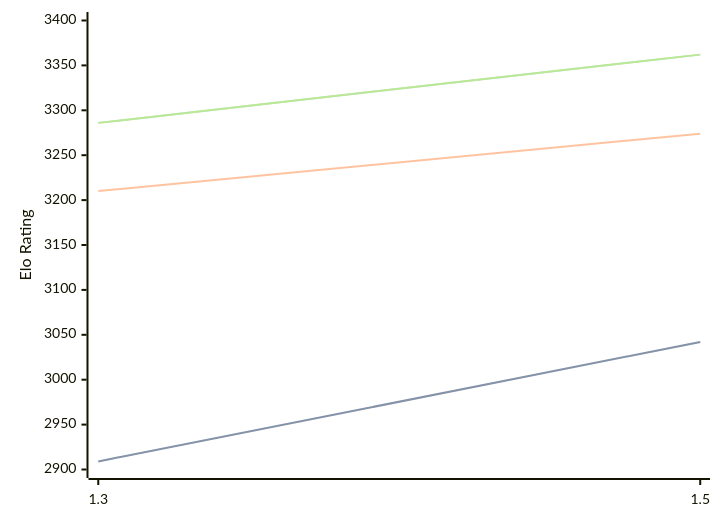
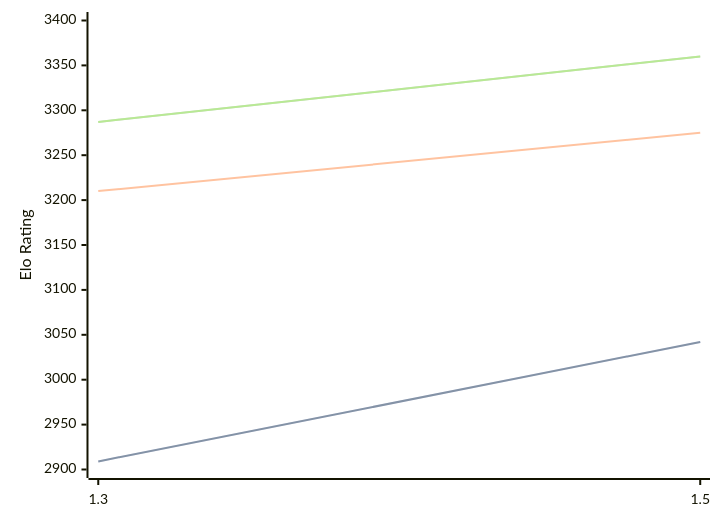
The diagram in engines/Lambergar.md (computer-chess-index/cci), drawn with Mermaid before and after one commit. The commit also changed other lines of this file, not shown here.

Commit message:
Update CCI Ratings (ELO VLTC) - 2026-08-29

````diff
--- a/engines/Lambergar.md
+++ b/engines/Lambergar.md
@@ -32,11 +32,11 @@
 ```mermaid
 %%{init: {"theme":"base","themeVariables":{"seriesColors:['#a3a3a3','#222221','#faa371']}}}%%
 xychart-beta
   x-axis ["1.3", "1.5"]
   y-axis "Elo Rating" 2900 --> 3400
   line "" [2909, 3042]
   line "STC (8.0+0.08s)" [2909, 3042]
-  line "LTC (60.0+0.60s)" [3210, 3274]
-  line "" [3286, 3362]
-  line "VLTC (2m24s+1.12s)" [3286, 3362]
+  line "LTC (60.0+0.60s)" [3210, 3275]
+  line "" [3287, 3360]
+  line "VLTC (2m24s+1.12s)" [3287, 3360]
 ```
````
